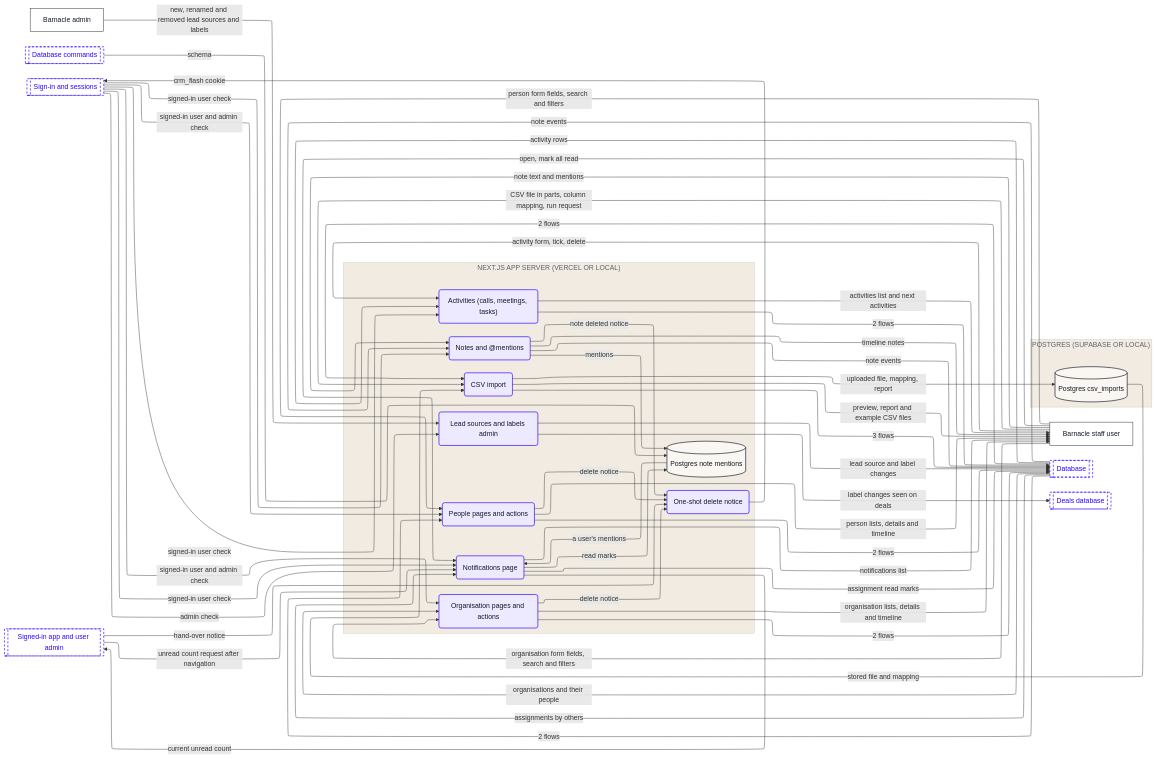
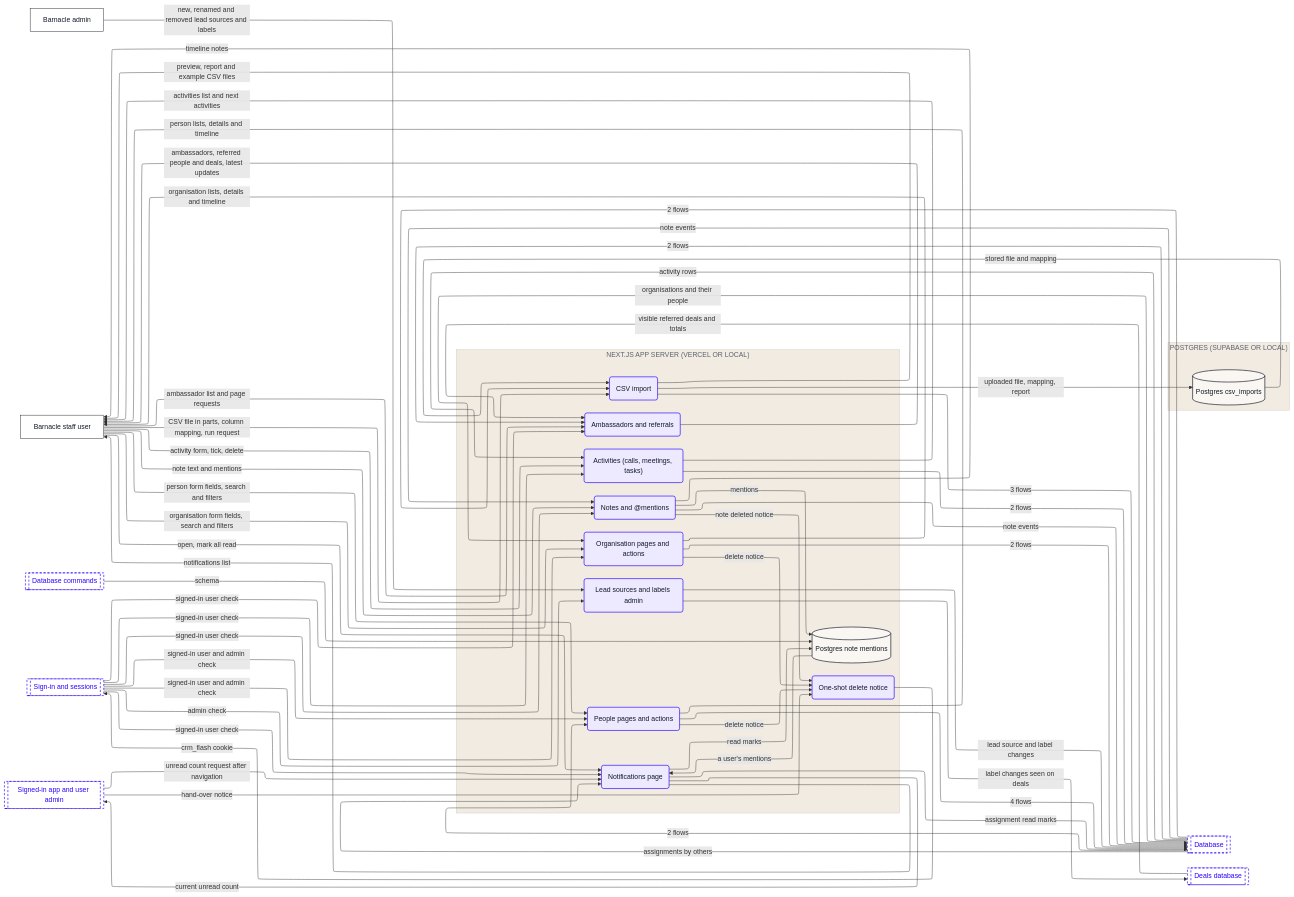
Before and after one commit to Romain-Perche/Barnacle-Pipe: the seventh of 10 diagrams in dataflow/DATAFLOW.md, drawn with Mermaid. The commit also changed other lines of this file and 11 other files, not shown here.

````diff
--- a/dataflow/DATAFLOW.md
+++ b/dataflow/DATAFLOW.md
@@ -361,69 +363,75 @@
     n2["Barnacle staff user"]
     subgraph z1["NEXT.JS APP SERVER (VERCEL OR LOCAL)"]
         n3("Activities (calls, meetings, tasks)")
-        n4("Lead sources and labels admin")
-        n5("CSV import")
-        n6[("Postgres note mentions")]
-        n7("Notes and @mentions")
-        n8("Notifications page")
-        n9("Organisation pages and actions")
-        n10("People pages and actions")
-        n11("One-shot delete notice")
+        n4("Ambassadors and referrals")
+        n5("Lead sources and labels admin")
+        n6("CSV import")
+        n7[("Postgres note mentions")]
+        n8("Notes and @mentions")
+        n9("Notifications page")
+        n10("Organisation pages and actions")
+        n11("People pages and actions")
+        n12("One-shot delete notice")
     end
     subgraph z2["POSTGRES (SUPABASE OR LOCAL)"]
-        n12[("Postgres csv_imports")]
+        n13[("Postgres csv_imports")]
     end
-    n13[["Database"]]
-    n14[["Database commands"]]
-    n15[["Deals database"]]
-    n16[["Sign-in and sessions"]]
-    n17[["Signed-in app and user admin"]]
-    n3 -->|"2 flows"| n13
+    n14[["Database"]]
+    n15[["Database commands"]]
+    n16[["Deals database"]]
+    n17[["Sign-in and sessions"]]
+    n18[["Signed-in app and user admin"]]
+    n3 -->|"2 flows"| n14
     n3 -->|"activities list and next activities"| n2
-    n13 -->|"activity rows"| n3
-    n13 -->|"assignments by others"| n8
-    n1 -->|"new, renamed and removed lead sources and labels"| n4
-    n17 -->|"unread count request after navigation"| n8
-    n4 -->|"lead source and label changes"| n13
-    n4 -->|"label changes seen on deals"| n15
-    n13 -->|"2 flows"| n5
-    n13 -->|"2 flows"| n10
-    n5 -->|"uploaded file, mapping, report"| n12
-    n5 -->|"3 flows"| n13
-    n5 -->|"preview, report and example CSV files"| n2
-    n12 -->|"stored file and mapping"| n5
-    n14 -->|"schema"| n6
-    n6 -->|"a user's mentions"| n8
-    n7 -->|"mentions"| n6
-    n7 -->|"note deleted notice"| n11
-    n7 -->|"timeline notes"| n2
-    n7 -->|"note events"| n13
-    n8 -->|"assignment read marks"| n13
-    n8 -->|"current unread count"| n17
-    n8 -->|"read marks"| n6
-    n8 -->|"notifications list"| n2
-    n9 -->|"2 flows"| n13
-    n9 -->|"delete notice"| n11
-    n9 -->|"organisation lists, details and timeline"| n2
-    n13 -->|"organisations and their people"| n9
-    n10 -->|"2 flows"| n13
-    n10 -->|"delete notice"| n11
-    n10 -->|"person lists, details and timeline"| n2
-    n11 -->|"crm_flash cookie"| n16
-    n16 -->|"signed-in user check"| n3
-    n16 -->|"admin check"| n4
-    n16 -->|"signed-in user check"| n7
-    n16 -->|"signed-in user check"| n8
-    n16 -->|"signed-in user and admin check"| n9
-    n16 -->|"signed-in user and admin check"| n10
+    n14 -->|"activity rows"| n3
+    n14 -->|"assignments by others"| n9
+    n1 -->|"new, renamed and removed lead sources and labels"| n5
+    n4 -->|"ambassadors, referred people and deals, latest updates"| n2
+    n18 -->|"unread count request after navigation"| n9
+    n5 -->|"lead source and label changes"| n14
+    n5 -->|"label changes seen on deals"| n16
+    n14 -->|"2 flows"| n6
+    n14 -->|"2 flows"| n11
+    n6 -->|"uploaded file, mapping, report"| n13
+    n6 -->|"3 flows"| n14
+    n6 -->|"preview, report and example CSV files"| n2
+    n13 -->|"stored file and mapping"| n6
+    n16 -->|"visible referred deals and totals"| n4
+    n15 -->|"schema"| n7
+    n7 -->|"a user's mentions"| n9
+    n8 -->|"mentions"| n7
+    n8 -->|"note deleted notice"| n12
+    n8 -->|"timeline notes"| n2
+    n8 -->|"note events"| n14
+    n9 -->|"assignment read marks"| n14
+    n9 -->|"current unread count"| n18
+    n9 -->|"read marks"| n7
+    n9 -->|"notifications list"| n2
+    n10 -->|"2 flows"| n14
+    n10 -->|"delete notice"| n12
+    n10 -->|"organisation lists, details and timeline"| n2
+    n14 -->|"organisations and their people"| n10
+    n11 -->|"4 flows"| n14
+    n11 -->|"delete notice"| n12
+    n11 -->|"person lists, details and timeline"| n2
+    n14 -->|"2 flows"| n4
+    n12 -->|"crm_flash cookie"| n17
+    n17 -->|"signed-in user check"| n3
+    n17 -->|"signed-in user check"| n4
+    n17 -->|"admin check"| n5
+    n17 -->|"signed-in user check"| n8
+    n17 -->|"signed-in user check"| n9
+    n17 -->|"signed-in user and admin check"| n10
+    n17 -->|"signed-in user and admin check"| n11
     n2 -->|"activity form, tick, delete"| n3
-    n2 -->|"CSV file in parts, column mapping, run request"| n5
-    n2 -->|"note text and mentions"| n7
-    n2 -->|"open, mark all read"| n8
-    n2 -->|"organisation form fields, search and filters"| n9
-    n2 -->|"person form fields, search and filters"| n10
-    n13 -->|"note events"| n7
-    n17 -->|"hand-over notice"| n11
+    n2 -->|"ambassador list and page requests"| n4
+    n2 -->|"CSV file in parts, column mapping, run request"| n6
+    n2 -->|"note text and mentions"| n8
+    n2 -->|"open, mark all read"| n9
+    n2 -->|"organisation form fields, search and filters"| n10
+    n2 -->|"person form fields, search and filters"| n11
+    n14 -->|"note events"| n8
+    n18 -->|"hand-over notice"| n12
     classDef actor fill:#FFFFFF,stroke:#111827,stroke-width:1px,color:#111827
     classDef process fill:#EDEAFF,stroke:#2B00FF,stroke-width:1.5px,color:#111827
     classDef store fill:#FAF6F1,stroke:#111827,stroke-width:1.5px,color:#111827
@@ -431,9 +439,9 @@
     classDef group fill:#2B00FF,stroke:#2B00FF,color:#FFFFFF
     classDef stub fill:#FFFFFF,stroke:#2B00FF,stroke-width:1.5px,stroke-dasharray:5 4,color:#2B00FF
     class n1,n2 actor
-    class n3,n4,n5,n7,n8,n9,n10,n11 process
-    class n6,n12 store
-    class n13,n14,n15,n16,n17 stub
+    class n3,n4,n5,n6,n8,n9,n10,n11,n12 process
+    class n7,n13 store
+    class n14,n15,n16,n17,n18 stub
     style z1 fill:#F1EBE2,stroke:#CFC7BB,color:#5D6270
     style z2 fill:#F1EBE2,stroke:#CFC7BB,color:#5D6270
 ```
````
